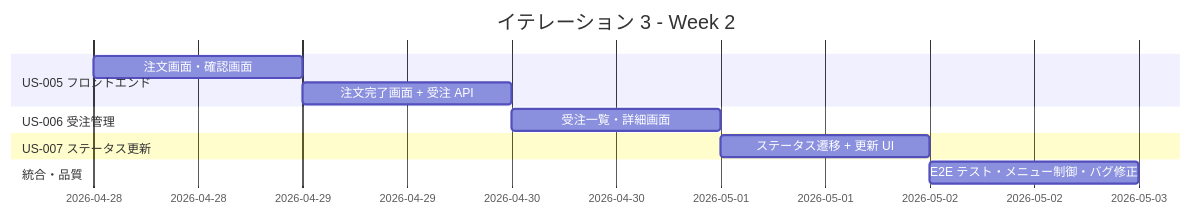
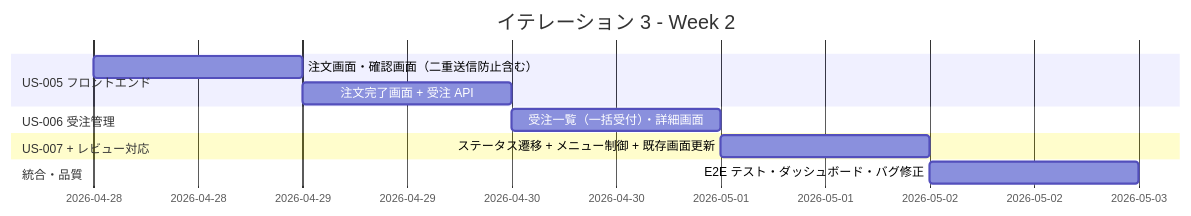
One commit to k2works/case-study-sdd-development changed the second of 6 diagrams in docs/development/iteration_plan-3.md. Above: the diagram before and after it, drawn with Mermaid. The commit also changed other lines of this file, not shown here.

````diff
--- a/docs/development/iteration_plan-3.md
+++ b/docs/development/iteration_plan-3.md
@@ -195,14 +203,14 @@
 ```mermaid
 gantt
     title イテレーション 3 - Week 2
     dateFormat  YYYY-MM-DD
     section US-005 フロントエンド
-    注文画面・確認画面                  :a1, 2026-04-28, 1d
-    注文完了画面 + 受注 API             :a2, after a1, 1d
+    注文画面・確認画面（二重送信防止含む）  :a1, 2026-04-28, 1d
+    注文完了画面 + 受注 API               :a2, after a1, 1d
     section US-006 受注管理
-    受注一覧・詳細画面                  :u1, 2026-04-30, 1d
-    section US-007 ステータス更新
-    ステータス遷移 + 更新 UI           :s1, 2026-05-01, 1d
+    受注一覧（一括受付）・詳細画面         :u1, 2026-04-30, 1d
+    section US-007 + レビュー対応
+    ステータス遷移 + メニュー制御 + 既存画面更新  :s1, 2026-05-01, 1d
     section 統合・品質
-    E2E テスト・メニュー制御・バグ修正  :t1, 2026-05-02, 1d
+    E2E テスト・ダッシュボード・バグ修正  :t1, 2026-05-02, 1d
 ```
````
